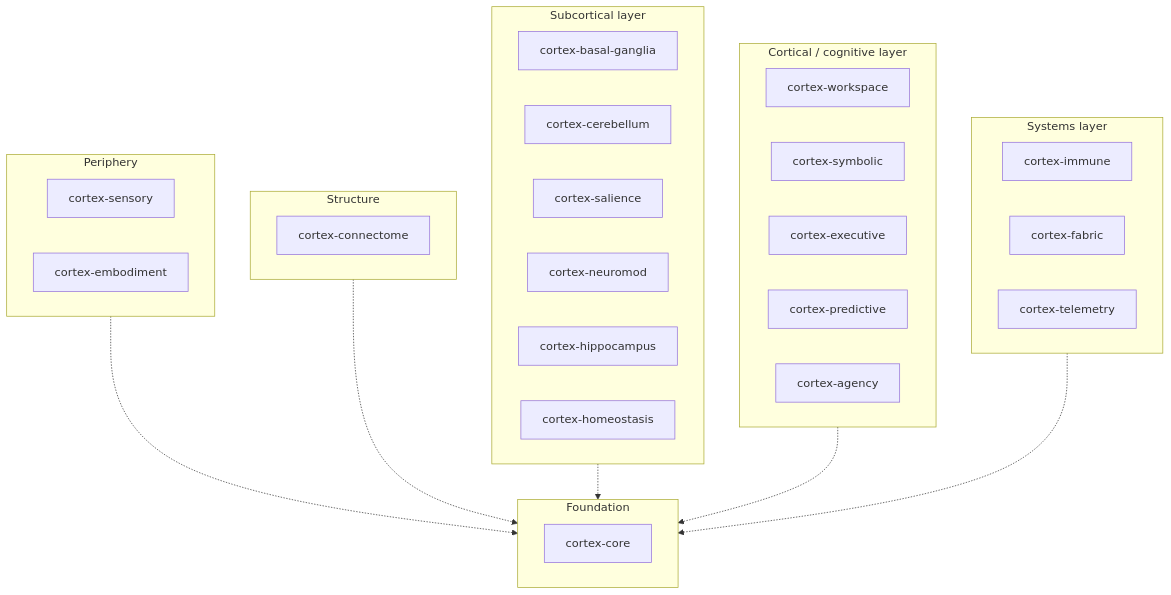
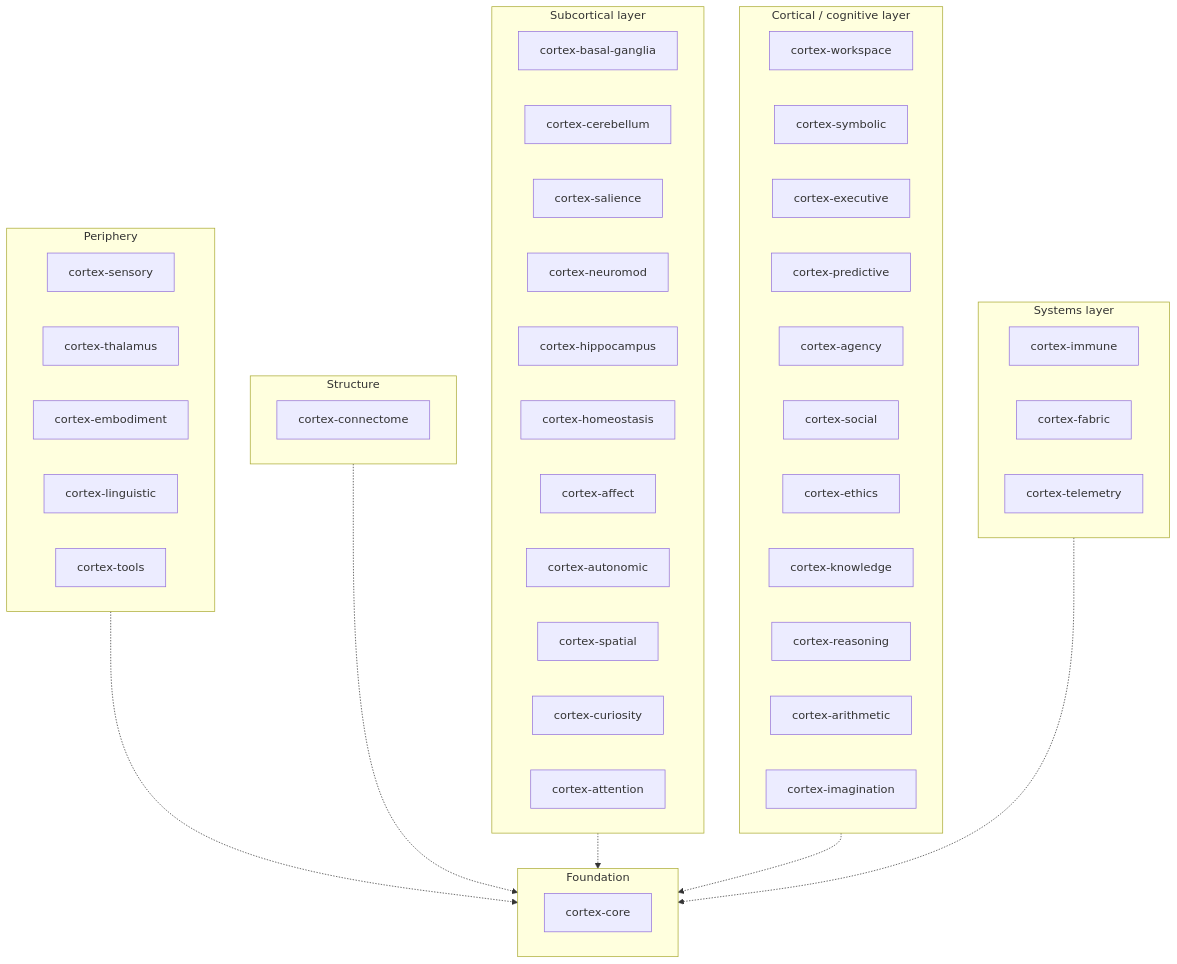
One commit to DescentVTT/VirtualCortex changed the second of 2 diagrams in docs/WHITEPAPER.md. Above: the diagram before and after it, drawn with Mermaid. The commit also changed other lines of this file and 37 other files, not shown here.

````diff
--- a/docs/WHITEPAPER.md
+++ b/docs/WHITEPAPER.md
@@ -335,38 +375,52 @@
 ```mermaid
 flowchart TB
     subgraph systems [Systems layer]
         immune[cortex-immune]
         fabric[cortex-fabric]
         telemetry[cortex-telemetry]
     end
     subgraph cognitive [Cortical / cognitive layer]
         workspace[cortex-workspace]
         symbolic[cortex-symbolic]
         executive[cortex-executive]
         predictive[cortex-predictive]
         agency[cortex-agency]
+        social[cortex-social]
+        ethics[cortex-ethics]
+        knowledge[cortex-knowledge]
+        reasoning[cortex-reasoning]
+        arithmetic[cortex-arithmetic]
+        imagination[cortex-imagination]
     end
     subgraph subcortical [Subcortical layer]
         bg[cortex-basal-ganglia]
         cb[cortex-cerebellum]
         sal[cortex-salience]
         nm[cortex-neuromod]
         hc[cortex-hippocampus]
         hs[cortex-homeostasis]
+        affect[cortex-affect]
+        autonomic[cortex-autonomic]
+        spatial[cortex-spatial]
+        curiosity[cortex-curiosity]
+        attention[cortex-attention]
     end
     subgraph periphery [Periphery]
         sensory[cortex-sensory]
+        thalamus[cortex-thalamus]
         embodiment[cortex-embodiment]
+        linguistic[cortex-linguistic]
+        tools[cortex-tools]
     end
     subgraph structure [Structure]
         connectome[cortex-connectome]
     end
     subgraph foundation [Foundation]
         core[cortex-core]
     end
     periphery -.-> foundation
     structure -.-> foundation
     subcortical -.-> foundation
     cognitive -.-> foundation
     systems -.-> foundation
 ```
````
